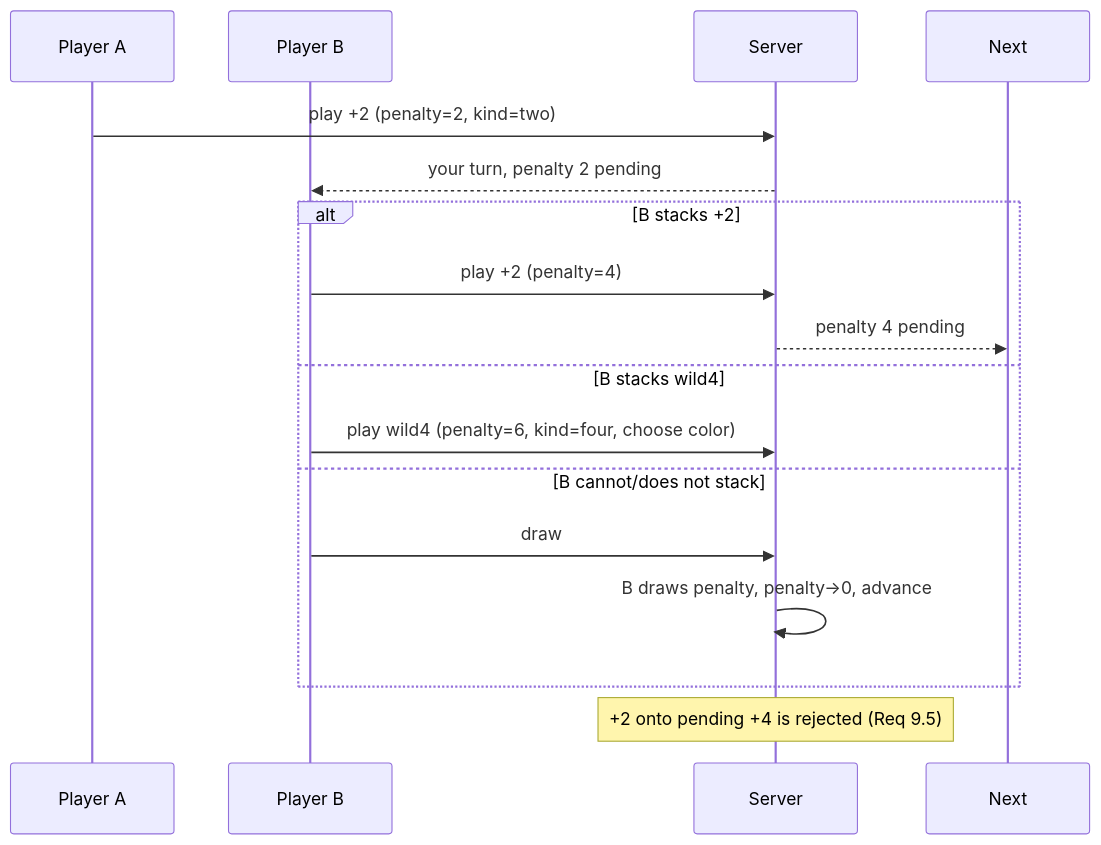
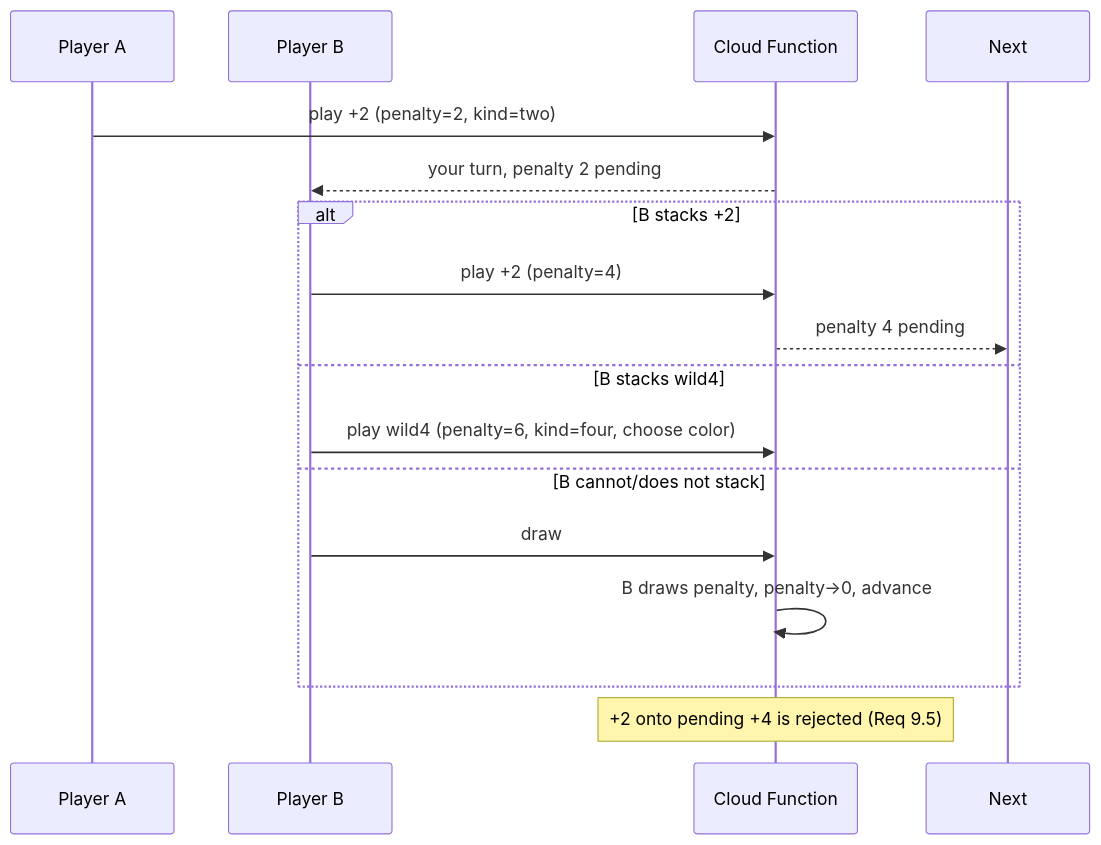
The seventh of 8 diagrams in .kiro/specs/homemade-uno/design.md (livanuj/homemade_Uno), drawn with Mermaid before and after one commit. The commit also changed other lines of this file and 10 other files, not shown here.

````diff
--- a/.kiro/specs/homemade-uno/design.md
+++ b/.kiro/specs/homemade-uno/design.md
@@ -480,18 +500,18 @@
 ```mermaid
 sequenceDiagram
   participant A as Player A
   participant B as Player B
-  participant S as Server
+  participant S as Cloud Function
   A->>S: play +2 (penalty=2, kind=two)
   S-->>B: your turn, penalty 2 pending
   alt B stacks +2
     B->>S: play +2 (penalty=4)
     S-->>Next: penalty 4 pending
   else B stacks wild4
     B->>S: play wild4 (penalty=6, kind=four, choose color)
   else B cannot/does not stack
     B->>S: draw
     S->>S: B draws penalty, penalty→0, advance
   end
   Note over S: +2 onto pending +4 is rejected (Req 9.5)
 ```
````
